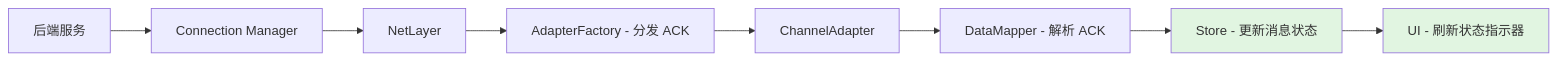
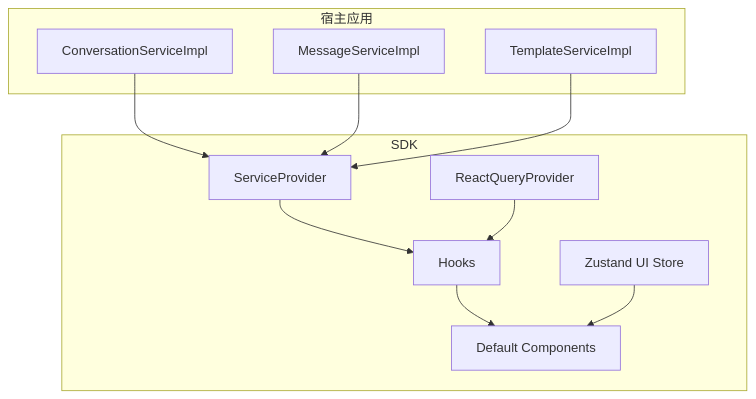
One commit to givingwu/bifrost-chat changed the first of 3 diagrams in docs/architecture-diagrams.md. Above: the diagram before and after it, drawn with Mermaid. The commit also changed other lines of this file and 18 other files, not shown here.

First line of the commit message:
docs(architecture): unify all docs to v3 baseline terminology and structure

````diff
--- a/docs/architecture-diagrams.md
+++ b/docs/architecture-diagrams.md
@@ -241,13 +5,24 @@
 ```mermaid
-graph LR
-    A[后端服务] --> B[Connection Manager]
-    B --> C[NetLayer]
-    C --> D[AdapterFactory - 分发 ACK]
-    D --> E[ChannelAdapter]
-    E --> F[DataMapper - 解析 ACK]
-    F --> G[Store - 更新消息状态]
-    G --> H[UI - 刷新状态指示器]
+graph TB
+  subgraph Host[宿主应用]
+    C1[ConversationServiceImpl]
+    C2[MessageServiceImpl]
+    C3[TemplateServiceImpl]
+  end
 
-    style G fill:#e1f5e1
-    style H fill:#e1f5e1
+  subgraph SDK[SDK]
+    P1[ServiceProvider]
+    P2[ReactQueryProvider]
+    H[Hooks]
+    U[Default Components]
+    Z[Zustand UI Store]
+  end
+
+  C1 --> P1
+  C2 --> P1
+  C3 --> P1
+  P1 --> H
+  P2 --> H
+  H --> U
+  Z --> U
 ```
````
